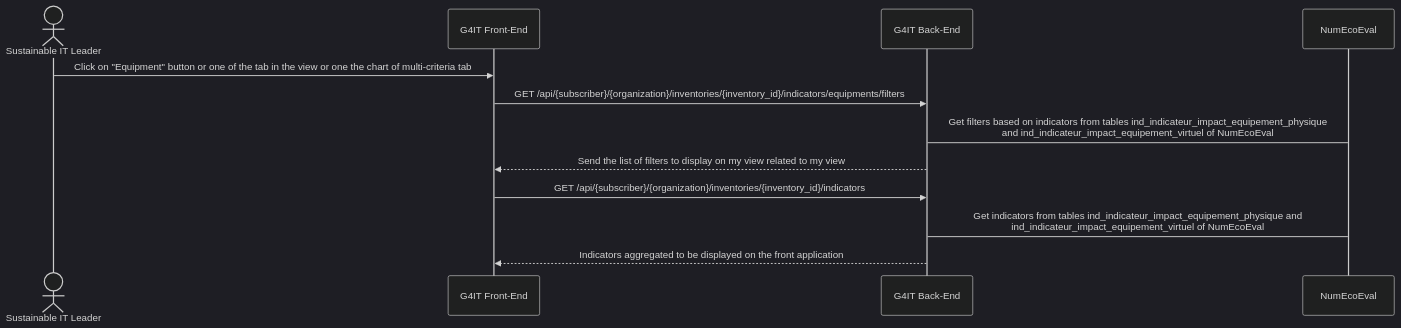
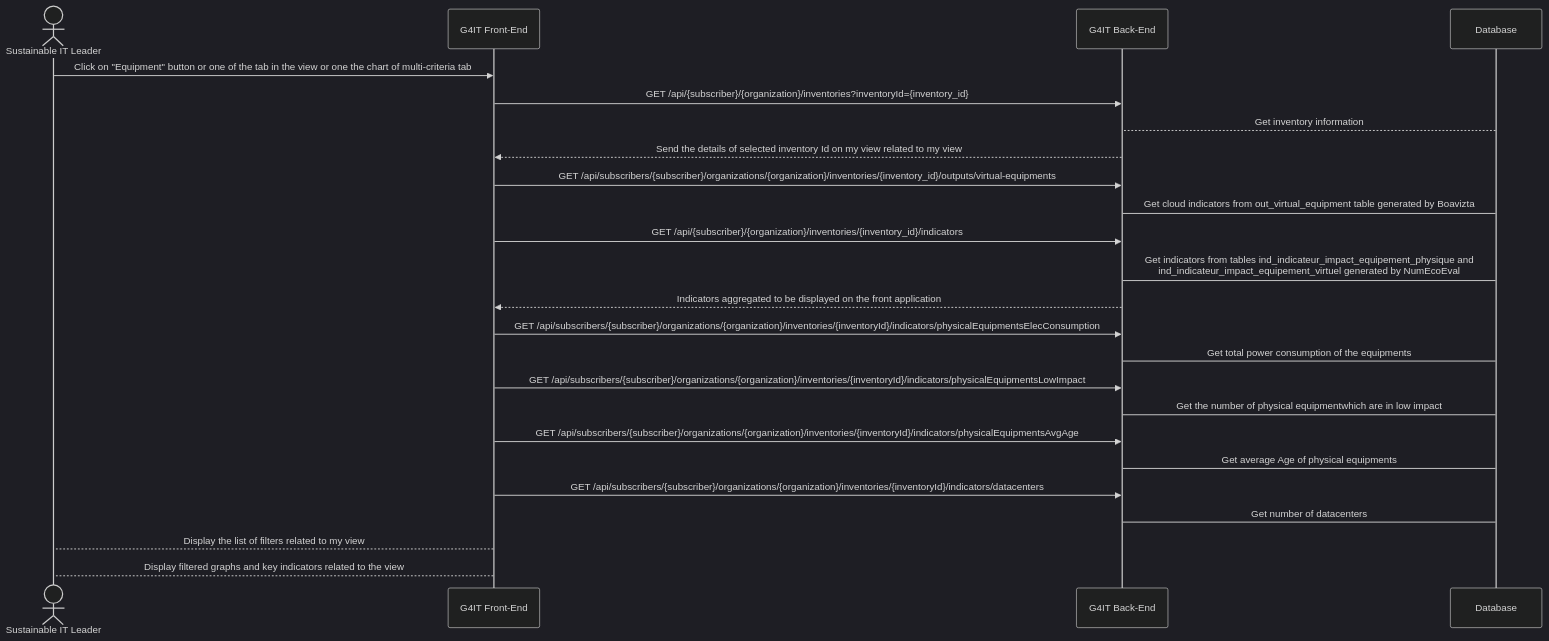
The second of 2 diagrams in services/documentation/content/3-functional-documentation/use_cases/uc_inventory/uc5_visualize_equipment_footprint.md (G4ITTeam/g4it), drawn with Mermaid (dark theme) before and after one commit. The commit also changed other lines of this file and 398 other files, not shown here.

```diff
--- a/services/documentation/content/3-functional-documentation/use_cases/uc_inventory/uc5_visualize_equipment_footprint.md
+++ b/services/documentation/content/3-functional-documentation/use_cases/uc_inventory/uc5_visualize_equipment_footprint.md
@@ -145,17 +159,27 @@
 {{< mermaid >}}
 sequenceDiagram
 actor RND as Sustainable IT Leader
 participant front as G4IT Front-End
 participant back as G4IT Back-End
-participant NumEcoEval
-
+participant Database
 RND ->> front: Click on "Equipment" button or one of the tab in the view or one the chart of multi-criteria tab
-front ->> back: GET /api/{subscriber}/{organization}/inventories/{inventory_id}/indicators/equipments/filters
-back -> NumEcoEval: Get filters based on indicators from tables ind_indicateur_impact_equipement_physique <br> and ind_indicateur_impact_equipement_virtuel of NumEcoEval
-back -->> front: Send the list of filters to display on my view related to my view
+front ->> back: GET /api/{subscriber}/{organization}/inventories?inventoryId={inventory_id}
+Database--> back: Get inventory information
+back -->> front: Send the details of selected inventory Id on my view related to my view
+front ->> back: GET /api/subscribers/{subscriber}/organizations/{organization}/inventories/{inventory_id}/outputs/virtual-equipments
+Database-> back: Get cloud indicators from out_virtual_equipment table generated by Boavizta
 front ->> back: GET /api/{subscriber}/{organization}/inventories/{inventory_id}/indicators
-back -> NumEcoEval: Get  indicators from tables ind_indicateur_impact_equipement_physique and <br> ind_indicateur_impact_equipement_virtuel of NumEcoEval
+Database -> back : Get indicators from tables ind_indicateur_impact_equipement_physique and <br> ind_indicateur_impact_equipement_virtuel generated by NumEcoEval
 back -->> front: Indicators aggregated to be displayed on the front application
-
+front ->> back: GET /api/subscribers/{subscriber}/organizations/{organization}/inventories/{inventoryId}/indicators/physicalEquipmentsElecConsumption
+Database -> back : Get total power consumption of the equipments
+front ->> back: GET /api/subscribers/{subscriber}/organizations/{organization}/inventories/{inventoryId}/indicators/physicalEquipmentsLowImpact
+Database -> back : Get the number of physical equipmentwhich are in low impact
+front ->> back: GET /api/subscribers/{subscriber}/organizations/{organization}/inventories/{inventoryId}/indicators/physicalEquipmentsAvgAge
+Database -> back : Get average Age of physical equipments
+front ->> back: GET /api/subscribers/{subscriber}/organizations/{organization}/inventories/{inventoryId}/indicators/datacenters
+Database -> back : Get number of datacenters
+front --> RND: Display the list of filters related to my view
+front --> RND: Display filtered graphs and key indicators related to the view
 
 {{< /mermaid >}}
```
